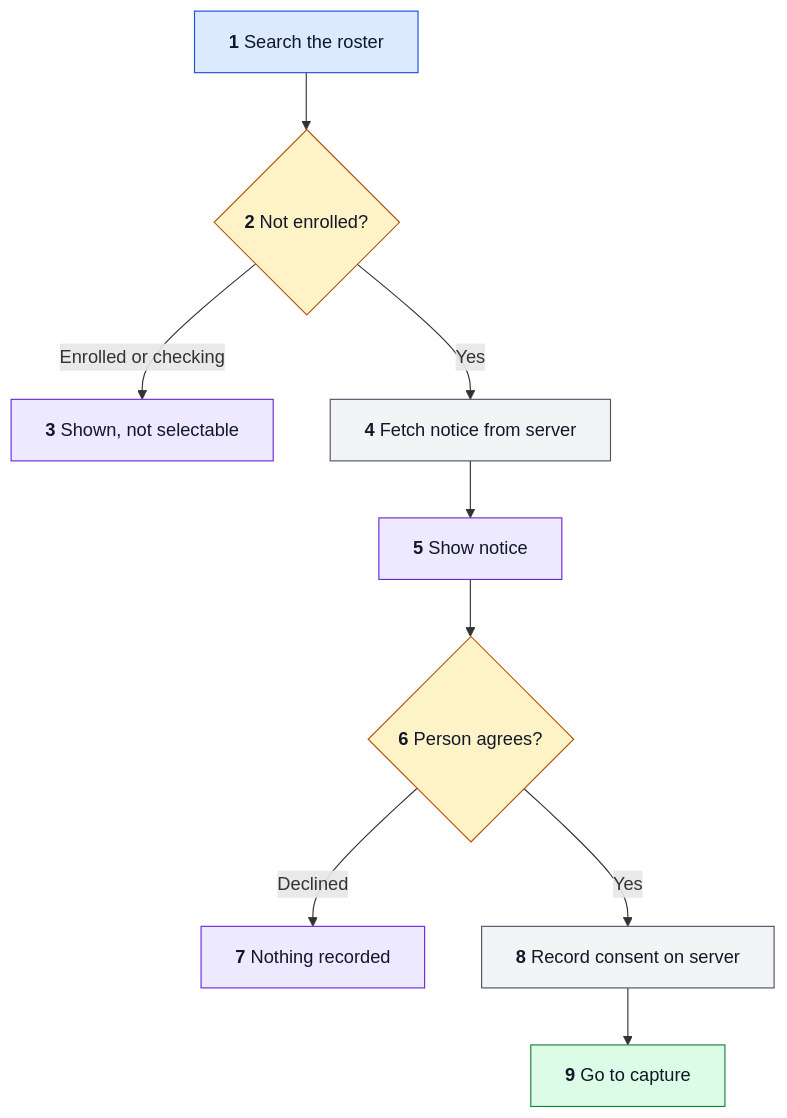
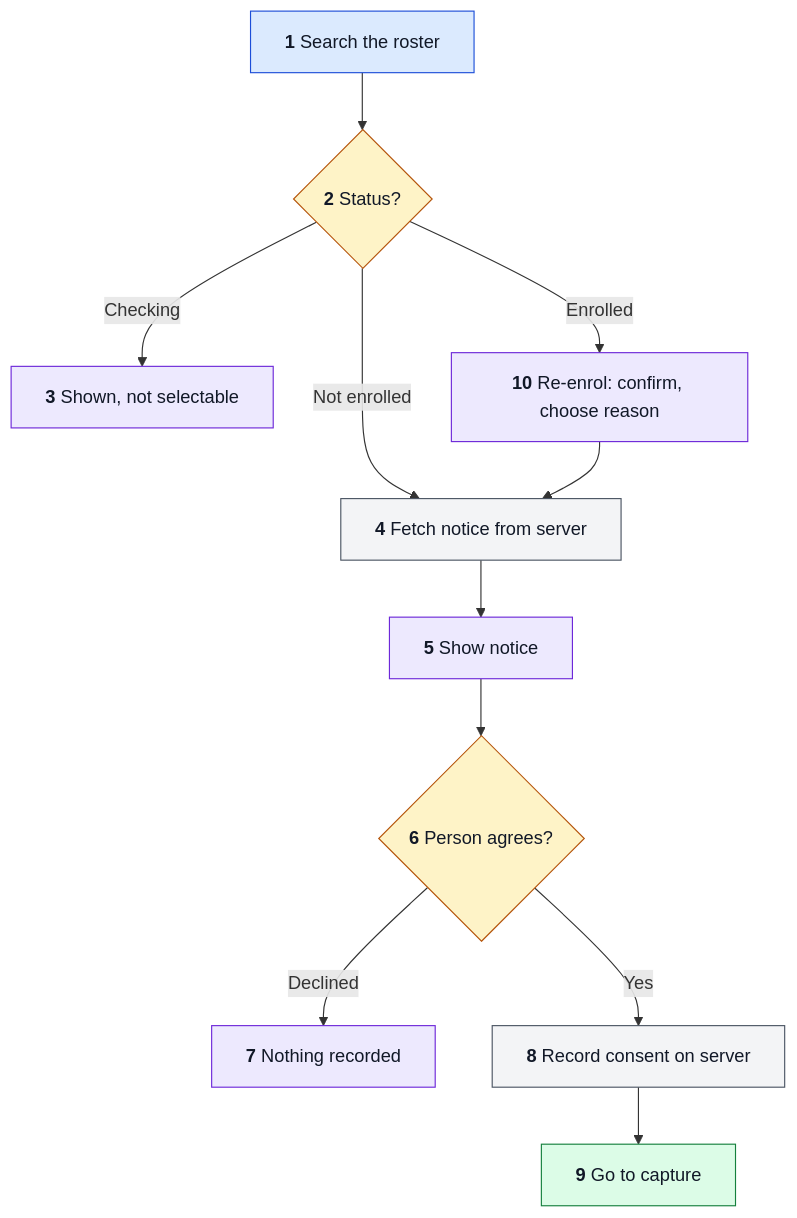
Before and after one commit to hamza-aziz-ai/Face-Dataset-Collector: the second of 5 diagrams in docs/FLOW.md, drawn with Mermaid. The commit also changed other lines of this file and 18 other files, not shown here.

Commit message:
Add re-enrol with a reason

````diff
--- a/docs/FLOW.md
+++ b/docs/FLOW.md
@@ -55,16 +55,18 @@
 ```mermaid
 flowchart TD
     classDef way fill:#dbeafe,stroke:#1d4ed8,color:#111827
     classDef step fill:#dcfce7,stroke:#15803d,color:#111827
     classDef choice fill:#fef3c7,stroke:#b45309,color:#111827
     classDef seen fill:#ede9fe,stroke:#6d28d9,color:#111827
     classDef outside fill:#f3f4f6,stroke:#4b5563,color:#111827
-    A["`**1** Search the roster`"]:::way --> B{"`**2** Not enrolled?`"}:::choice
-    B -->|Enrolled or checking| C["`**3** Shown, not selectable`"]:::seen
-    B -->|Yes| D["`**4** Fetch notice from server`"]:::outside
+    A["`**1** Search the roster`"]:::way --> B{"`**2** Status?`"}:::choice
+    B -->|Checking| C["`**3** Shown, not selectable`"]:::seen
+    B -->|Not enrolled| D["`**4** Fetch notice from server`"]:::outside
+    B -->|Enrolled| K["`**10** Re-enrol: confirm, choose reason`"]:::seen
+    K --> D
     D --> E["`**5** Show notice`"]:::seen
     E --> F{"`**6** Person agrees?`"}:::choice
     F -->|Declined| G["`**7** Nothing recorded`"]:::seen
     F -->|Yes| H["`**8** Record consent on server`"]:::outside
     H --> I["`**9** Go to capture`"]:::step
 ```
````
